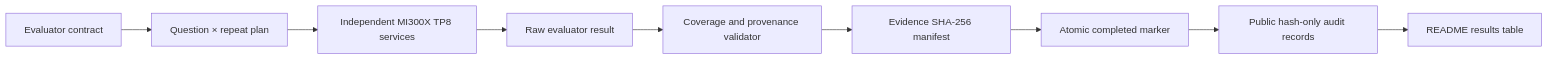
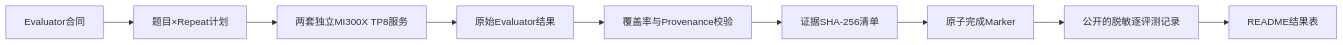
One commit to david-xinyuwei/david-share changed the diagram in Deep-Learning/MiMo-V2.5-Pro-MI300X-Accuracy-Evaluation/README.md. Above: the diagram before and after it, drawn with Mermaid. The commit also changed other lines of this file and 32 other files, not shown here.

````diff
--- a/Deep-Learning/MiMo-V2.5-Pro-MI300X-Accuracy-Evaluation/README.md
+++ b/Deep-Learning/MiMo-V2.5-Pro-MI300X-Accuracy-Evaluation/README.md
@@ -88,11 +189,11 @@
 ```mermaid
 flowchart LR
-    A[Evaluator contract] --> B[Question × repeat plan]
-    B --> C[Independent MI300X TP8 services]
-    C --> D[Raw evaluator result]
-    D --> E[Coverage and provenance validator]
-    E --> F[Evidence SHA-256 manifest]
-    F --> G[Atomic completed marker]
-    G --> H[Public hash-only audit records]
-    H --> I[README results table]
+    A[Evaluator合同] --> B[题目×Repeat计划]
+    B --> C[两套独立MI300X TP8服务]
+    C --> D[原始Evaluator结果]
+    D --> E[覆盖率与Provenance校验]
+    E --> F[证据SHA-256清单]
+    F --> G[原子完成Marker]
+    G --> H[公开的脱敏逐评测记录]
+    H --> I[README结果表]
 ```
````
